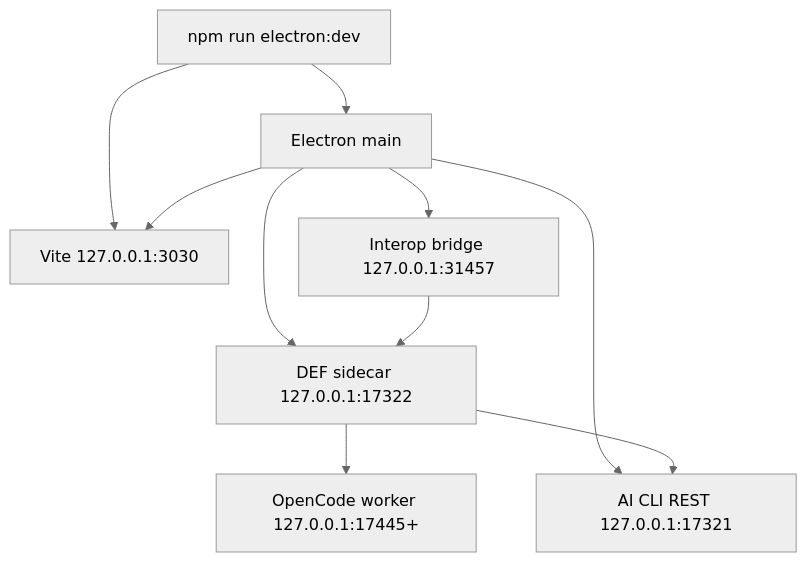
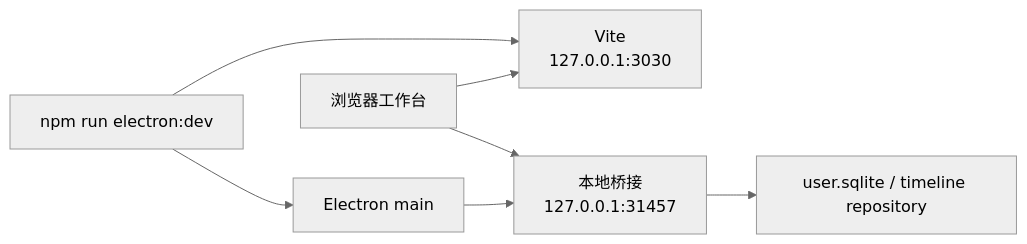
Before and after one commit to Pandluto/dmg-end-field: the diagram in docs/architecture/runtime-topology.md, drawn with Mermaid (neutral theme). The commit also changed other lines of this file and 6348 other files, not shown here.

````diff
--- a/docs/architecture/runtime-topology.md
+++ b/docs/architecture/runtime-topology.md
@@ -5,12 +5,9 @@
 ```mermaid
-flowchart TB
-  Dev["npm run electron:dev"] --> Vite["Vite 127.0.0.1:3030"]
-  Dev --> Electron["Electron main"]
-  Electron --> Bridge["Interop bridge 127.0.0.1:31457"]
-  Electron --> Rest["AI CLI REST 127.0.0.1:17321"]
-  Electron --> Sidecar["DEF sidecar 127.0.0.1:17322"]
-  Sidecar --> Worker["OpenCode worker 127.0.0.1:17445+"]
-  Bridge --> Sidecar
-  Sidecar --> Rest
-  Electron --> Vite
+flowchart LR
+  Command["npm run electron:dev"] --> Vite["Vite\n127.0.0.1:3030"]
+  Command --> Electron["Electron main"]
+  Electron --> Bridge["本地桥接\n127.0.0.1:31457"]
+  Browser["浏览器工作台"] --> Vite
+  Browser --> Bridge
+  Bridge --> SQLite["user.sqlite / timeline repository"]
 ```
````
